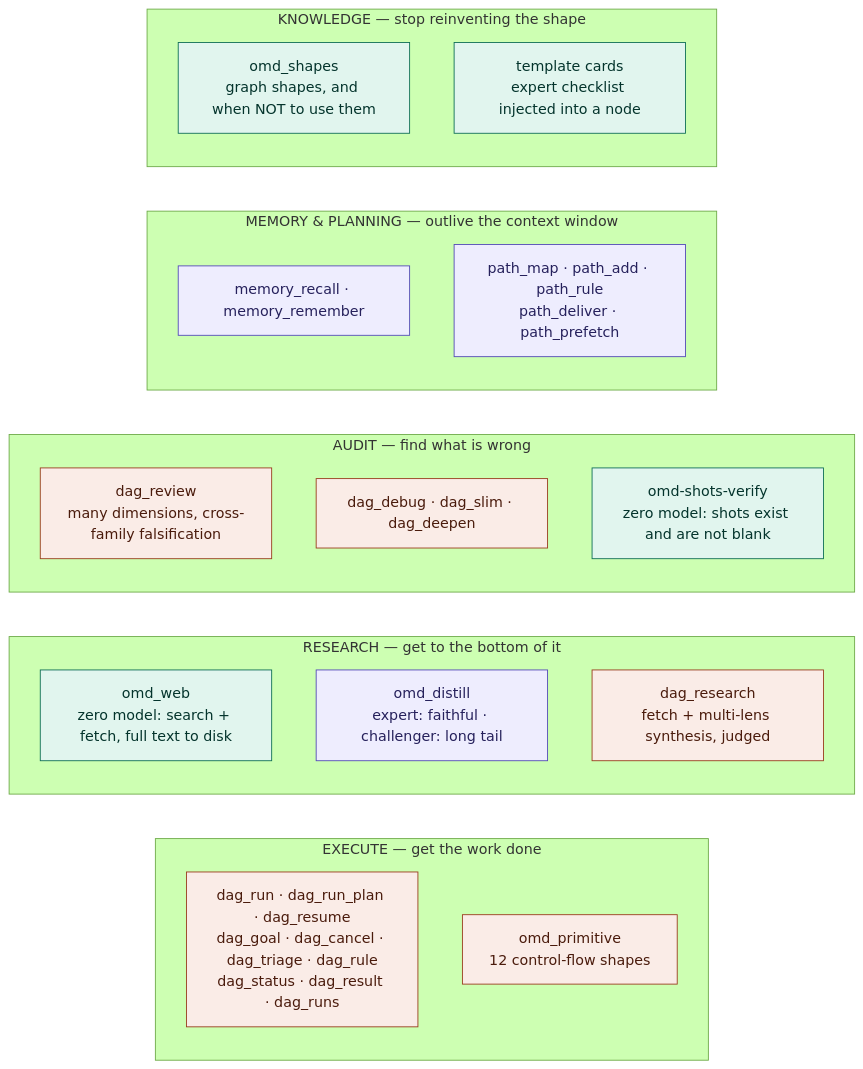
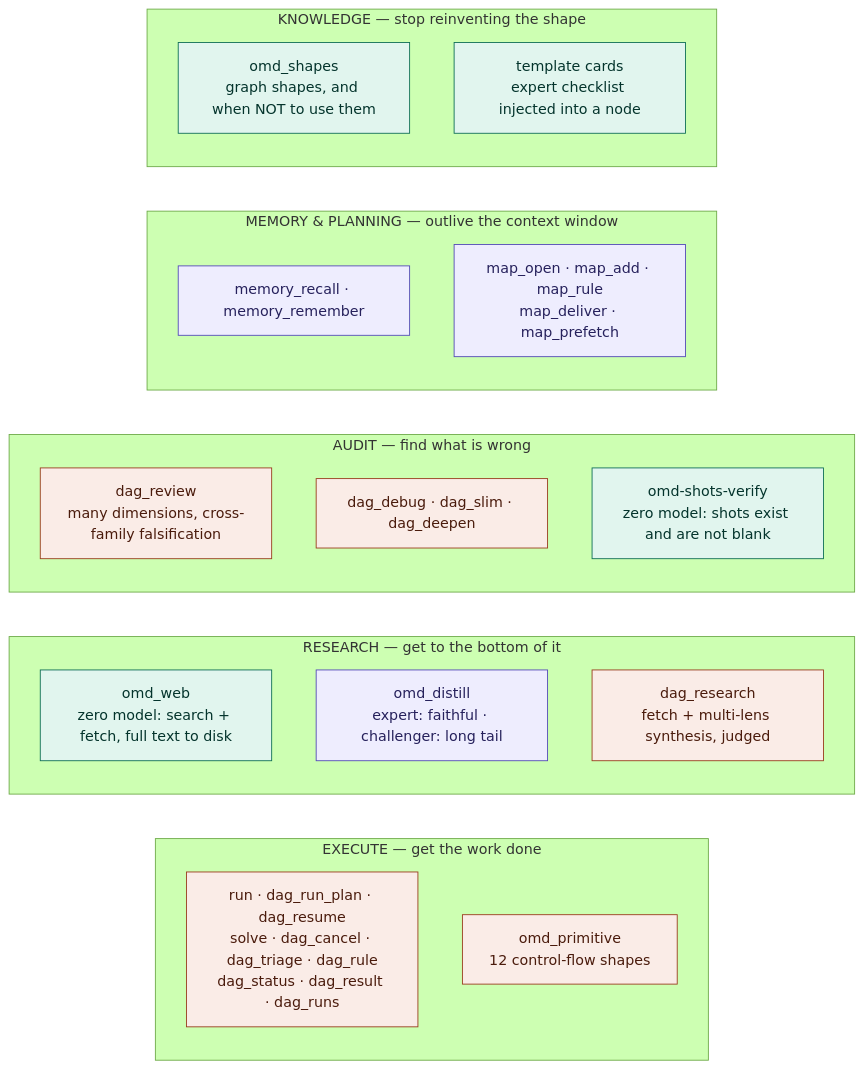
The second of 5 diagrams in README.md (AbyssCN/oh-my-dag), drawn with Mermaid (forest theme) before and after one commit. The commit also changed other lines of this file and 14 other files, not shown here.

Commit message:
docs: t7 切片三 — 活面文档与 client-skills 全扫新名 map/solve/run (README×2 mermaid+散文 · mcp-tools 组合行 · 12 个 SKILL.md); dag_run_plan 词保护; 历史文档不改 (是记录)

````diff
--- a/README.md
+++ b/README.md
@@ -113,36 +113,36 @@
 ```mermaid
 flowchart LR
   subgraph EXEC["EXECUTE — get the work done"]
-    E1["dag_run · dag_run_plan · dag_resume<br/>dag_goal · dag_cancel · dag_triage · dag_rule<br/>dag_status · dag_result · dag_runs"]
+    E1["run · dag_run_plan · dag_resume<br/>solve · dag_cancel · dag_triage · dag_rule<br/>dag_status · dag_result · dag_runs"]
     E2["omd_primitive<br/>12 control-flow shapes"]
   end
 
   subgraph RESEARCH["RESEARCH — get to the bottom of it"]
     R1["omd_web<br/>zero model: search + fetch, full text to disk"]
     R2["omd_distill<br/>expert: faithful · challenger: long tail"]
     R3["dag_research<br/>fetch + multi-lens synthesis, judged"]
   end
 
   subgraph AUDIT["AUDIT — find what is wrong"]
     A1["dag_review<br/>many dimensions, cross-family falsification"]
     A2["dag_debug · dag_slim · dag_deepen"]
     A3["omd-shots-verify<br/>zero model: shots exist and are not blank"]
   end
 
   subgraph MEMORY["MEMORY &amp; PLANNING — outlive the context window"]
     M1["memory_recall · memory_remember"]
-    M2["path_map · path_add · path_rule<br/>path_deliver · path_prefetch"]
+    M2["map_open · map_add · map_rule<br/>map_deliver · map_prefetch"]
   end
 
   subgraph KNOW["KNOWLEDGE — stop reinventing the shape"]
     K1["omd_shapes<br/>graph shapes, and when NOT to use them"]
     K2["template cards<br/>expert checklist injected into a node"]
   end
 
   classDef llm fill:#EEEDFE,stroke:#534AB7,color:#26215C
   classDef zero fill:#E1F5EE,stroke:#0F6E56,color:#04342C
   classDef mixed fill:#FAECE7,stroke:#993C1D,color:#4A1B0C
   class E1,E2,R3,A1,A2 mixed
   class R1,A3,K1,K2 zero
   class R2,M1,M2 llm
 ```
````
